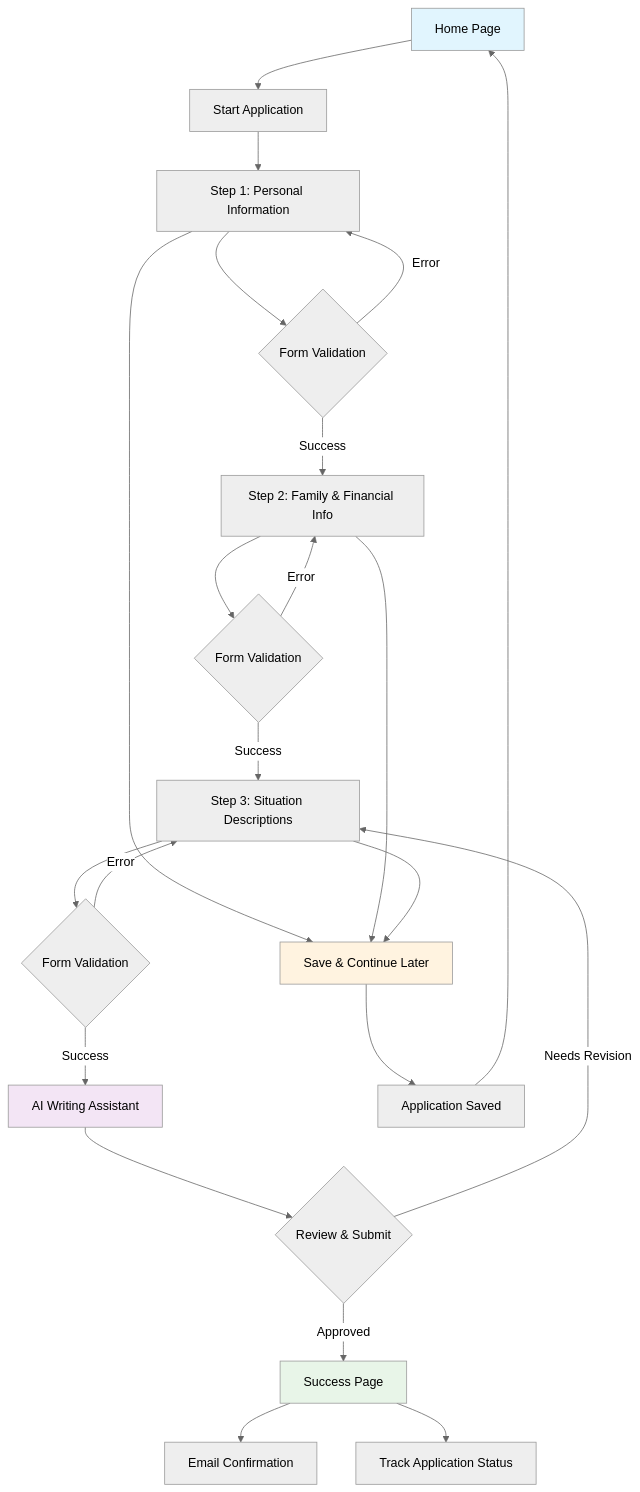
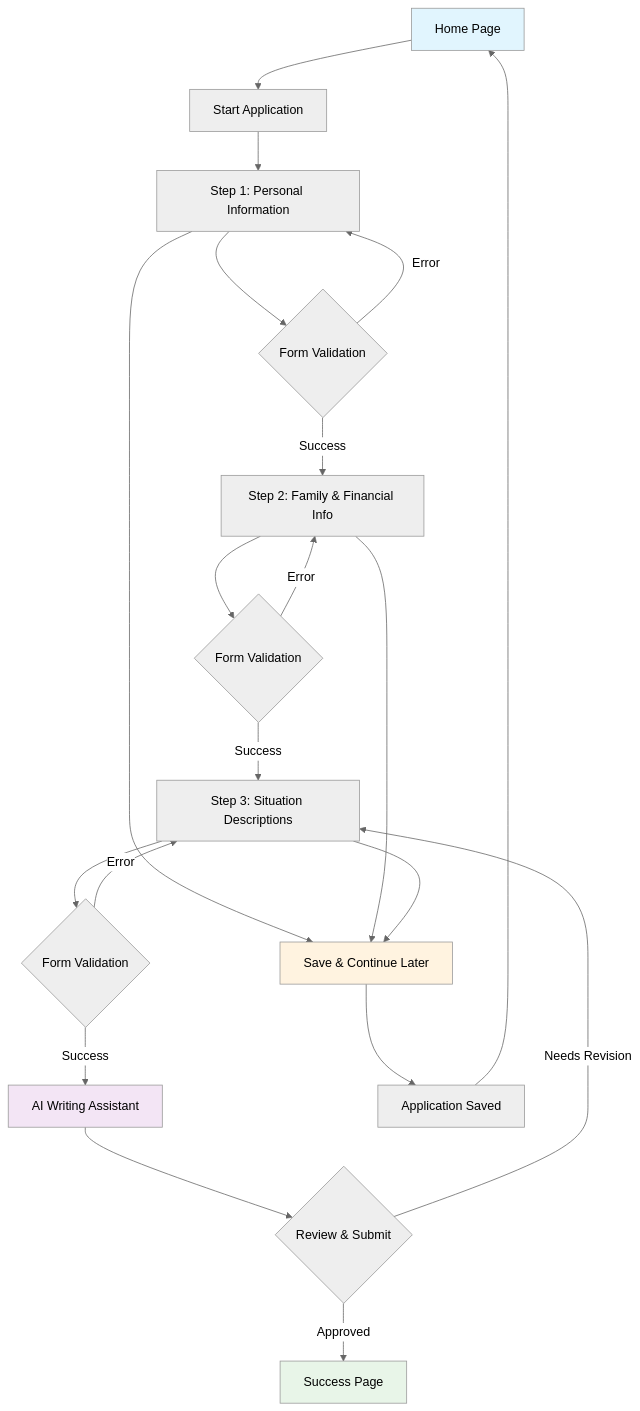
The diagram in README.md (mahmoud-mamdouh-matwaly/social-support-app), drawn with Mermaid (neutral theme) before and after one commit.

````diff
--- a/README.md
+++ b/README.md
@@ -303,35 +303,32 @@
 ```mermaid
 graph TD
     A[Home Page] --> B[Start Application]
     B --> C[Step 1: Personal Information]
     
     C --> G{Form Validation}
     G -->|Success| D[Step 2: Family & Financial Info]
     G -->|Error| C
     
     D --> H{Form Validation}
     H -->|Success| E[Step 3: Situation Descriptions]
     H -->|Error| D
     
     E --> I{Form Validation}
     I -->|Success| F[AI Writing Assistant]
     I -->|Error| E
     
     F --> J{Review & Submit}
     J -->|Needs Revision| E
     J -->|Approved| K[Success Page]
     
     C --> L[Save & Continue Later]
     D --> L
     E --> L
     L --> M[Application Saved]
     M --> A
     
-    K --> O[Email Confirmation]
-    K --> P[Track Application Status]
-    
     style A fill:#e1f5fe
     style K fill:#e8f5e8
     style F fill:#f3e5f5
     style L fill:#fff3e0
 ```
````
